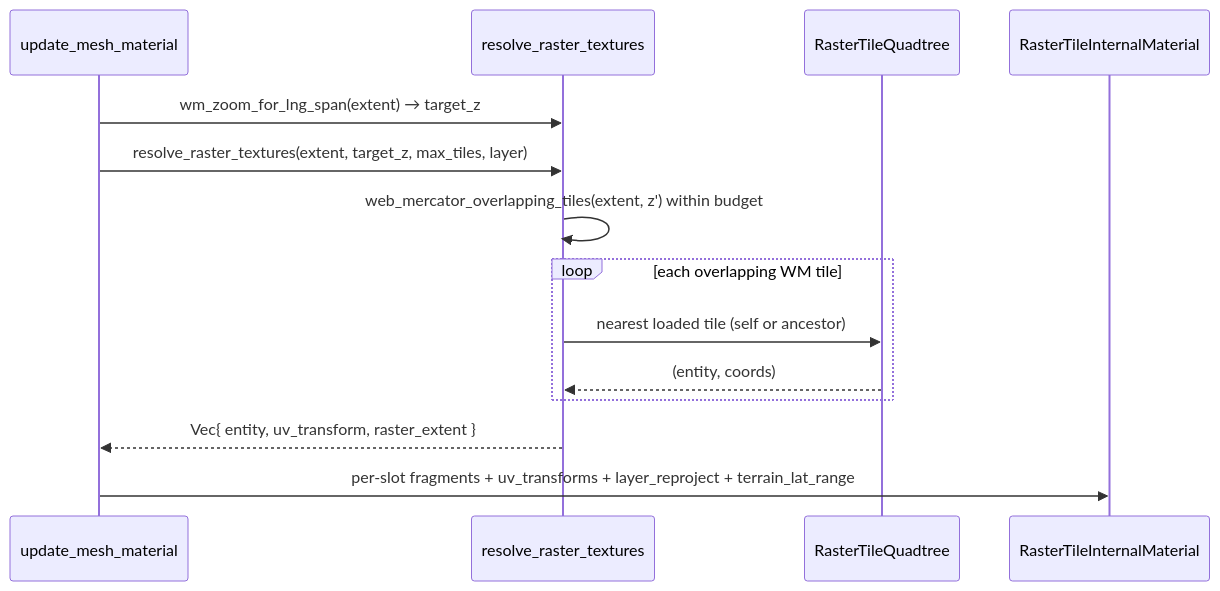
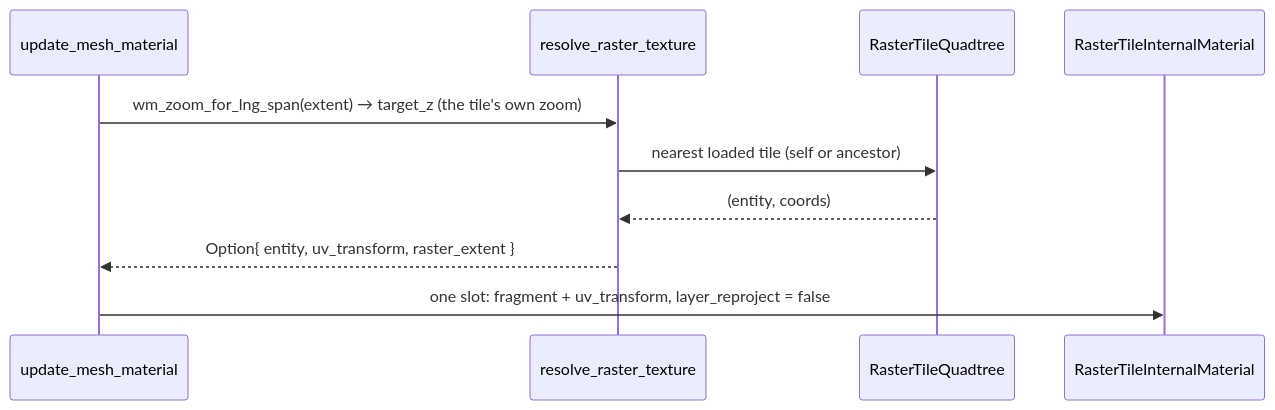
Before and after one commit to matrix9neonebuchadnezzar2199-sketch/navara: the eighth of 10 diagrams in guide/TILE_TERRAIN_TRAVERSAL.md, drawn with Mermaid. The commit also changed other lines of this file and 39 other files, not shown here.

````diff
--- a/guide/TILE_TERRAIN_TRAVERSAL.md
+++ b/guide/TILE_TERRAIN_TRAVERSAL.md
@@ -258,16 +267,12 @@
 ```mermaid
 sequenceDiagram
   participant UMM as update_mesh_material
-  participant RES as resolve_raster_textures
+  participant RES as resolve_raster_texture
   participant RQT as RasterTileQuadtree
   participant MAT as RasterTileInternalMaterial
-  UMM->>RES: wm_zoom_for_lng_span(extent) → target_z
-  UMM->>RES: resolve_raster_textures(extent, target_z, max_tiles, layer)
-  RES->>RES: web_mercator_overlapping_tiles(extent, z') within budget
-  loop each overlapping WM tile
-    RES->>RQT: nearest loaded tile (self or ancestor)
-    RQT-->>RES: (entity, coords)
-  end
-  RES-->>UMM: Vec{ entity, uv_transform, raster_extent }
-  UMM->>MAT: per-slot fragments + uv_transforms + layer_reproject + terrain_lat_range
+  UMM->>RES: wm_zoom_for_lng_span(extent) → target_z (the tile's own zoom)
+  RES->>RQT: nearest loaded tile (self or ancestor)
+  RQT-->>RES: (entity, coords)
+  RES-->>UMM: Option{ entity, uv_transform, raster_extent }
+  UMM->>MAT: one slot: fragment + uv_transform, layer_reproject = false
 ```
````
